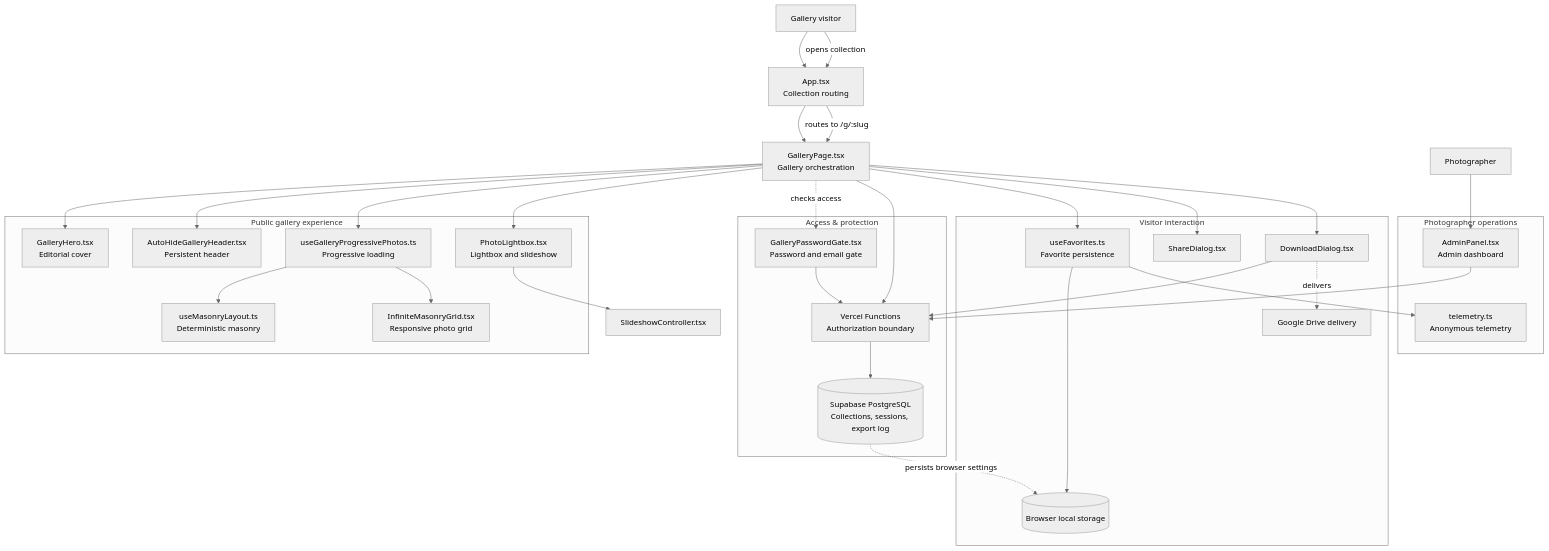
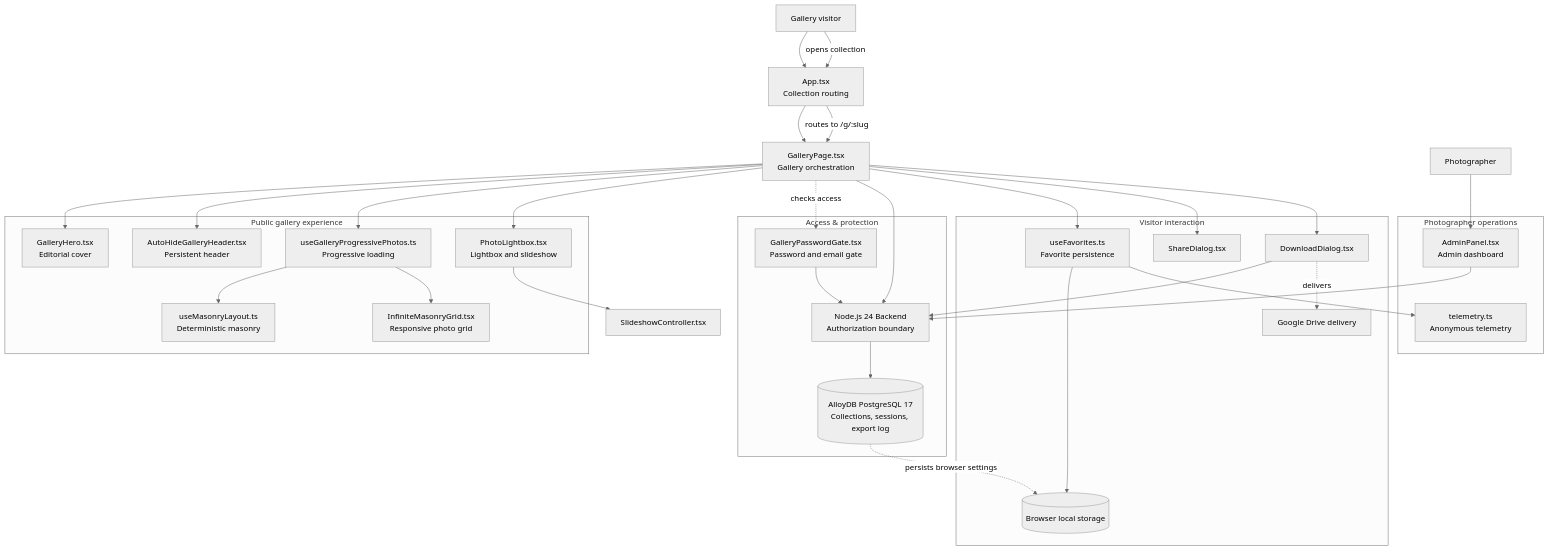
The diagram in docs/architecture-overview.md (versavisual-vinicius/VERSA-COLLECTION), drawn with Mermaid (neutral theme) before and after one commit. The commit also changed other lines of this file and 23 other files, not shown here.

````diff
--- a/docs/architecture-overview.md
+++ b/docs/architecture-overview.md
@@ -5,61 +5,61 @@
 ```mermaid
 flowchart TD
     Visitor[Gallery visitor] --> App[App.tsx\nCollection routing]
     App --> Page[GalleryPage.tsx\nGallery orchestration]
 
     subgraph PublicExperience[Public gallery experience]
         Hero[GalleryHero.tsx\nEditorial cover]
         Header[AutoHideGalleryHeader.tsx\nPersistent header]
         Progressive[useGalleryProgressivePhotos.ts\nProgressive loading]
         Masonry[useMasonryLayout.ts\nDeterministic masonry]
         Grid[InfiniteMasonryGrid.tsx\nResponsive photo grid]
         Lightbox[PhotoLightbox.tsx\nLightbox and slideshow]
     end
 
     subgraph Access[Access & protection]
         Gate[GalleryPasswordGate.tsx\nPassword and email gate]
-        API[Vercel Functions\nAuthorization boundary]
-        DB[(Supabase PostgreSQL\nCollections, sessions, export log)]
+        API[Node.js 24 Backend\nAuthorization boundary]
+        DB[(AlloyDB PostgreSQL 17\nCollections, sessions, export log)]
     end
 
     subgraph Engagement[Visitor interaction]
         Favorites[useFavorites.ts\nFavorite persistence]
         Share[ShareDialog.tsx]
         Downloads[DownloadDialog.tsx]
         Drive[Google Drive delivery]
         Browser[(Browser local storage)]
     end
 
     subgraph Admin[Photographer operations]
         AdminPanel[AdminPanel.tsx\nAdmin dashboard]
         Telemetry[telemetry.ts\nAnonymous telemetry]
     end
 
     Photographer[Photographer] --> AdminPanel
     AdminPanel --> API
 
     Page --> Hero
     Page --> Header
     Page --> Progressive
     Progressive --> Masonry
     Progressive --> Grid
     Page --> Lightbox
     Lightbox --> Slideshow[SlideshowController.tsx]
 
     Page -. checks access .-> Gate
     Page --> API
     API --> DB
     Gate --> API
 
     Page --> Favorites
     Page --> Share
     Page --> Downloads
     Downloads --> API
     Downloads -. delivers .-> Drive
     Favorites --> Browser
     DB -. persists browser settings .-> Browser
     Favorites --> Telemetry
 
     App -->|routes to /g/:slug| Page
     Visitor -->|opens collection| App
 ```
````
